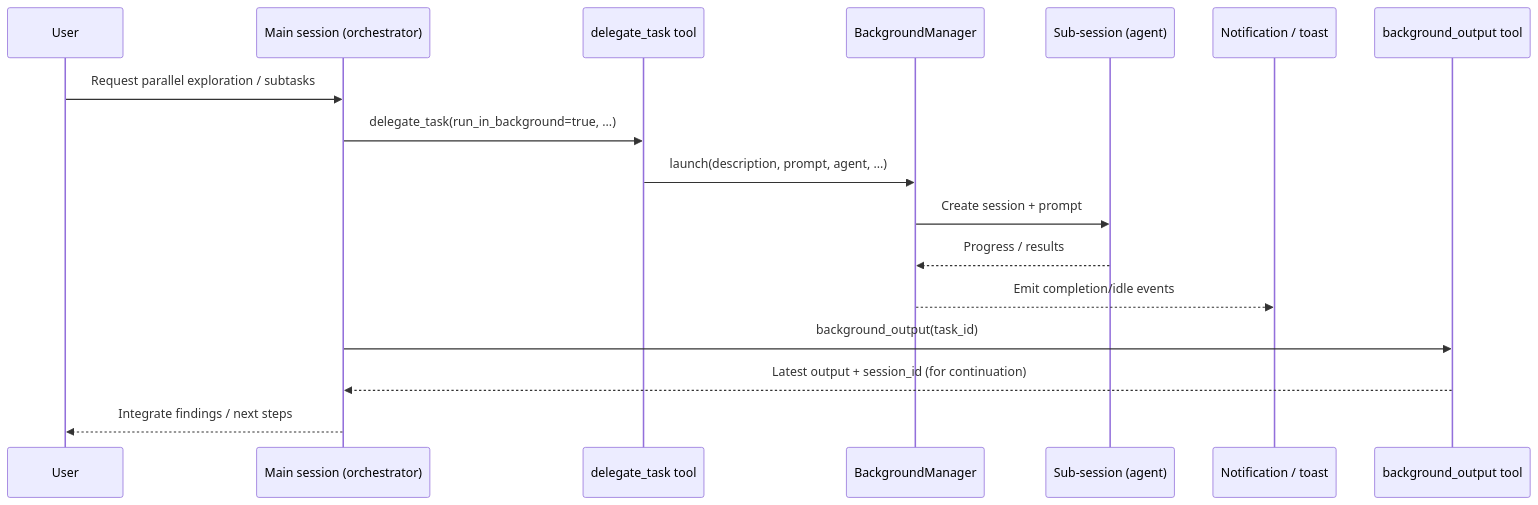
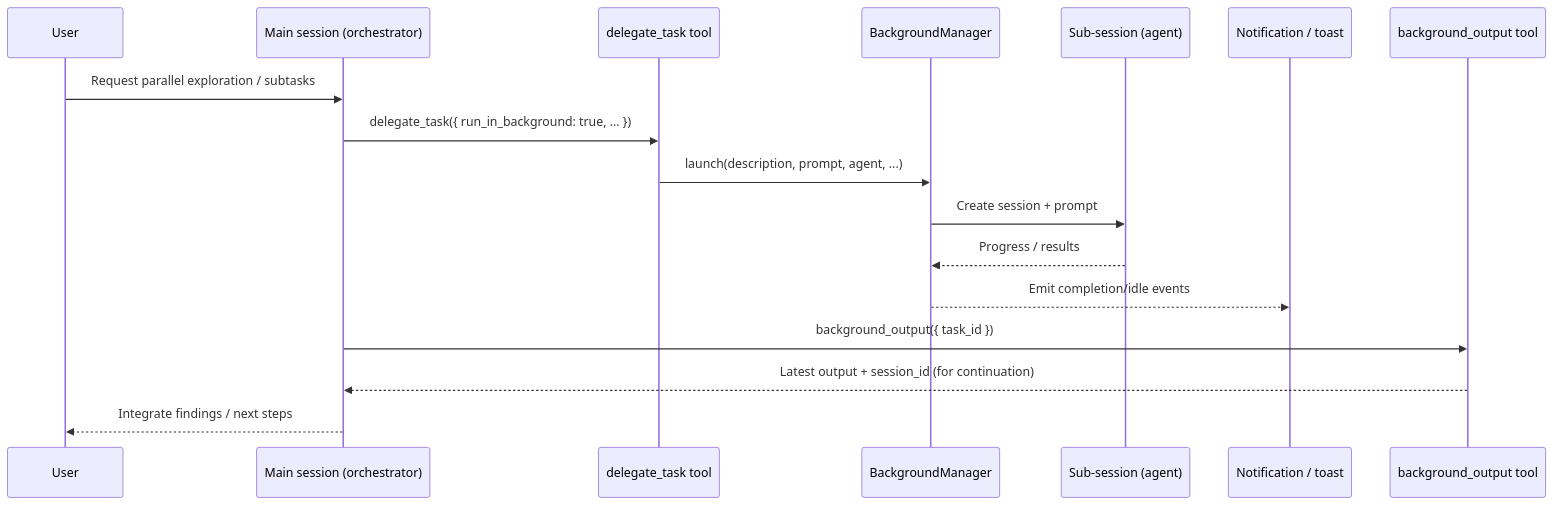
The diagram in docs/journeys/background-and-parallelism.md (arcthur/oh-my-opencode), drawn with Mermaid before and after one commit. The commit also changed 49 other files, not shown here.

````diff
--- a/docs/journeys/background-and-parallelism.md
+++ b/docs/journeys/background-and-parallelism.md
@@ -10,20 +10,20 @@
 ```mermaid
 sequenceDiagram
   participant User as User
   participant Main as Main session (orchestrator)
   participant DT as delegate_task tool
   participant BG as BackgroundManager
   participant Sub as Sub-session (agent)
   participant Notif as Notification / toast
   participant Out as background_output tool
 
   User->>Main: Request parallel exploration / subtasks
-  Main->>DT: delegate_task(run_in_background=true, ...)
+  Main->>DT: delegate_task({ run_in_background: true, ... })
   DT->>BG: launch(description, prompt, agent, ...)
   BG->>Sub: Create session + prompt
   Sub-->>BG: Progress / results
   BG-->>Notif: Emit completion/idle events
-  Main->>Out: background_output(task_id)
+  Main->>Out: background_output({ task_id })
   Out-->>Main: Latest output + session_id (for continuation)
   Main-->>User: Integrate findings / next steps
 ```
````
